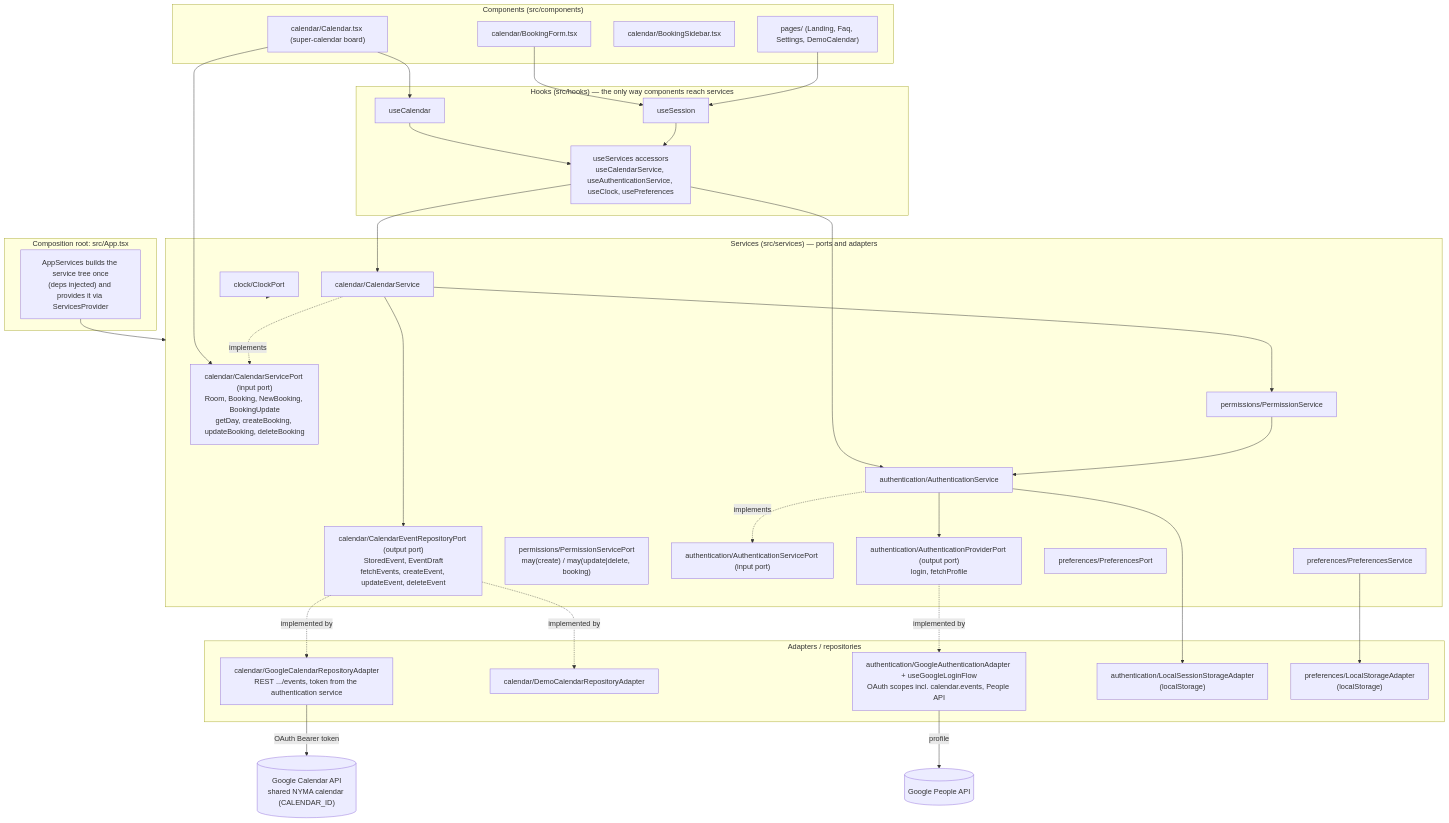
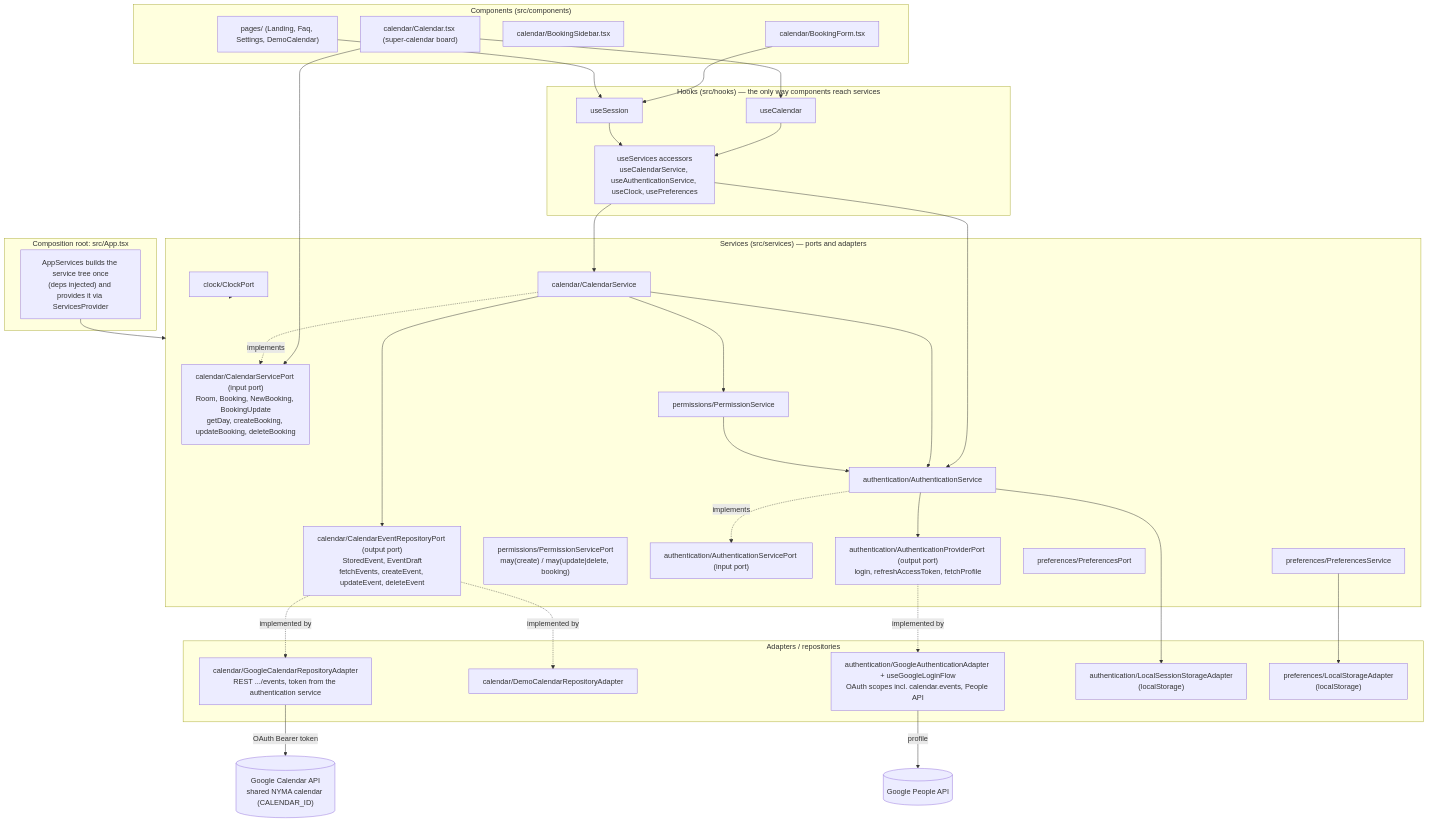
Before and after one commit to berkes/boekjehokje: the first of 5 diagrams in docs/architecture.md, drawn with Mermaid. The commit also changed other lines of this file and 23 other files, not shown here.

First line of the commit message:
fix: recover from an expired access token silently, else end the session gracefully (#23)

````diff
--- a/docs/architecture.md
+++ b/docs/architecture.md
@@ -48,68 +48,69 @@
 ```mermaid
 flowchart TB
   subgraph app["Composition root: src/App.tsx"]
     compose["AppServices builds the service tree once<br/>(deps injected) and provides it via ServicesProvider"]
   end
 
   subgraph ui["Components (src/components)"]
     Board["calendar/Calendar.tsx (super-calendar board)"]
     Form["calendar/BookingForm.tsx"]
     Sidebar["calendar/BookingSidebar.tsx"]
     Pages["pages/ (Landing, Faq, Settings, DemoCalendar)"]
   end
 
   subgraph hooks["Hooks (src/hooks) — the only way components reach services"]
     useCalendar["useCalendar"]
     useSession["useSession"]
     accessors["useServices accessors<br/>useCalendarService, useAuthenticationService, useClock, usePreferences"]
   end
 
   subgraph services["Services (src/services) — ports and adapters"]
     calPort["calendar/CalendarServicePort (input port)<br/>Room, Booking, NewBooking, BookingUpdate<br/>getDay, createBooking, updateBooking, deleteBooking"]
     calService["calendar/CalendarService"]
     eventsPort["calendar/CalendarEventRepositoryPort (output port)<br/>StoredEvent, EventDraft<br/>fetchEvents, createEvent, updateEvent, deleteEvent"]
     permPort["permissions/PermissionServicePort<br/>may(create) / may(update|delete, booking)"]
     permService["permissions/PermissionService"]
     authPort["authentication/AuthenticationServicePort (input port)"]
     authService["authentication/AuthenticationService"]
-    providerPort["authentication/AuthenticationProviderPort (output port)<br/>login, fetchProfile"]
+    providerPort["authentication/AuthenticationProviderPort (output port)<br/>login, refreshAccessToken, fetchProfile"]
     clockPort["clock/ClockPort"]
     prefPort["preferences/PreferencesPort"]
     prefService["preferences/PreferencesService"]
   end
 
   subgraph adapters["Adapters / repositories"]
     googleEvents["calendar/GoogleCalendarRepositoryAdapter<br/>REST .../events, token from the authentication service"]
     demoEvents["calendar/DemoCalendarRepositoryAdapter"]
     googleAuth["authentication/GoogleAuthenticationAdapter + useGoogleLoginFlow<br/>OAuth scopes incl. calendar.events, People API"]
     sessionStorage["authentication/LocalSessionStorageAdapter<br/>(localStorage)"]
     kvStore["preferences/LocalStorageAdapter<br/>(localStorage)"]
   end
 
   googleAPI[("Google Calendar API<br/>shared NYMA calendar (CALENDAR_ID)")]
   peopleAPI[("Google People API")]
 
   compose --> services
   Board --> useCalendar
   Form --> useSession
   Pages --> useSession
   useCalendar --> accessors
   useSession --> accessors
   accessors --> calService
   accessors --> authService
   Board --> calPort
   calService -. implements .-> calPort
   calService --> eventsPort
   calService --> permService
+  calService --> authService
   permService --> authService
   authService -. implements .-> authPort
   authService --> providerPort
   authService --> sessionStorage
   eventsPort -. implemented by .-> googleEvents
   eventsPort -. implemented by .-> demoEvents
   providerPort -. implemented by .-> googleAuth
   googleEvents -->|"OAuth Bearer token"| googleAPI
   googleAuth -->|"profile"| peopleAPI
   prefService --> kvStore
   clockPort -.-> services
 ```
````
